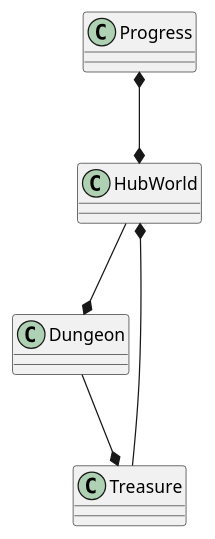
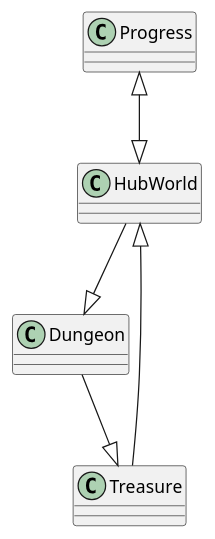
Before and after one commit to cph-oo221/SP4: the diagram in Documentation/Domain model.puml, drawn with PlantUML. The commit also changed 2 other files, not shown here.

```diff
--- a/Documentation/Domain model.puml
+++ b/Documentation/Domain model.puml
@@ -1,9 +1,9 @@
 @startuml
 'https://plantuml.com/class-diagram
 !pragma layout smetana
-Progress *---* HubWorld
-HubWorld ---* Dungeon
-Dungeon ---* Treasure
-Treasure ---* HubWorld
+Progress <|---|> HubWorld
+HubWorld ---|> Dungeon
+Dungeon ---|> Treasure
+Treasure ---|> HubWorld
 
 @enduml
```
